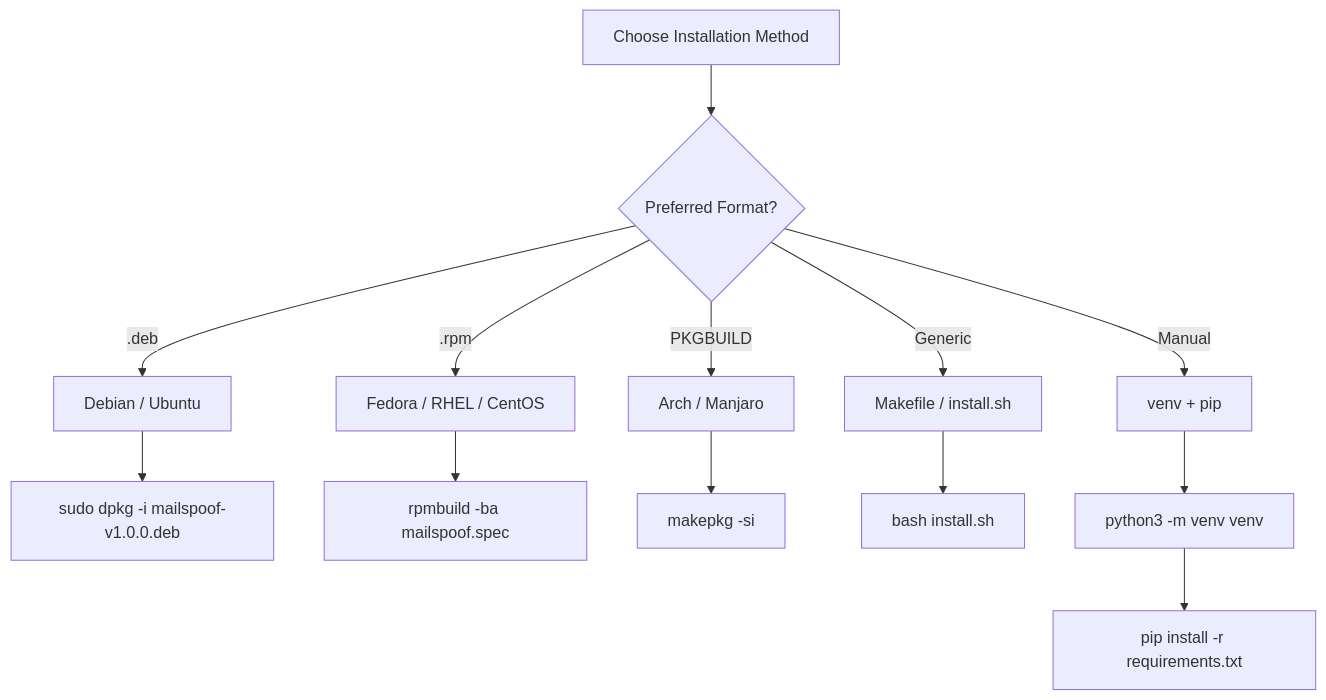
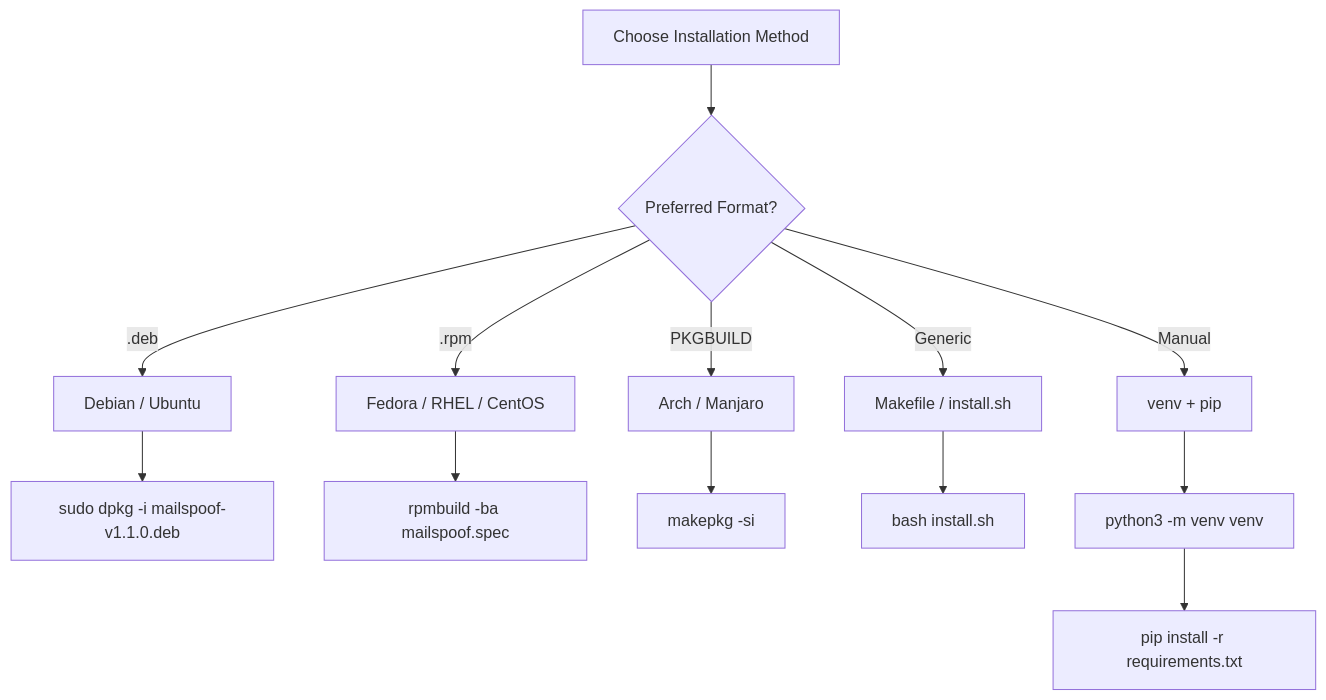
One commit to syed-sameer-ul-hassan/MailSpoof changed the diagram in docs/DEPLOYMENT.md. Above: the diagram before and after it, drawn with Mermaid. The commit also changed other lines of this file and 74 other files, not shown here.

````diff
--- a/docs/DEPLOYMENT.md
+++ b/docs/DEPLOYMENT.md
@@ -9,15 +9,15 @@
 ```mermaid
 flowchart TD
     A[Choose Installation Method] --> B{Preferred Format?}
     B -->|.deb| C[Debian / Ubuntu]
     B -->|.rpm| D[Fedora / RHEL / CentOS]
     B -->|PKGBUILD| E[Arch / Manjaro]
     B -->|Generic| F[Makefile / install.sh]
     B -->|Manual| G[venv + pip]
-    C --> C1[sudo dpkg -i mailspoof-v1.0.0.deb]
+    C --> C1[sudo dpkg -i mailspoof-v1.1.0.deb]
     D --> D1[rpmbuild -ba mailspoof.spec]
     E --> E1[makepkg -si]
     F --> F1[bash install.sh]
     G --> G1[python3 -m venv venv]
     G1 --> G2[pip install -r requirements.txt]
 ```
````
